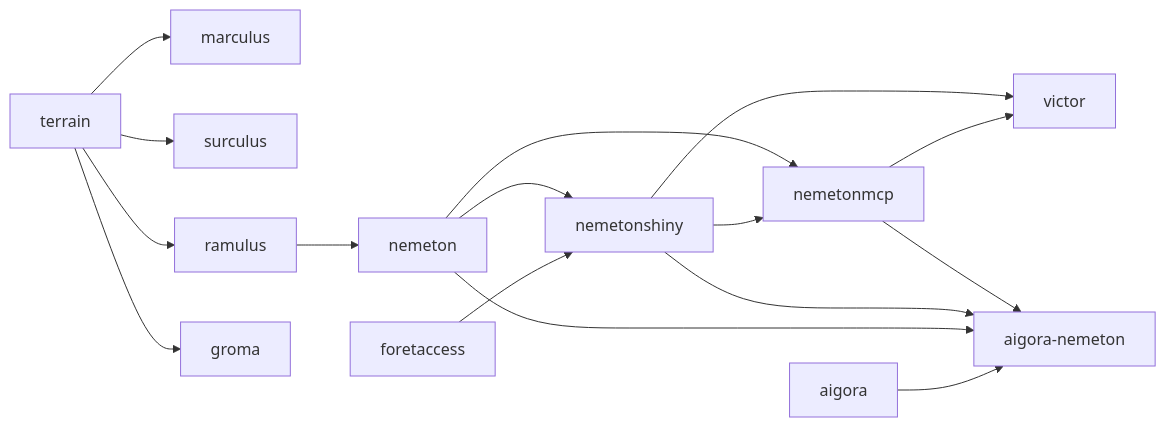
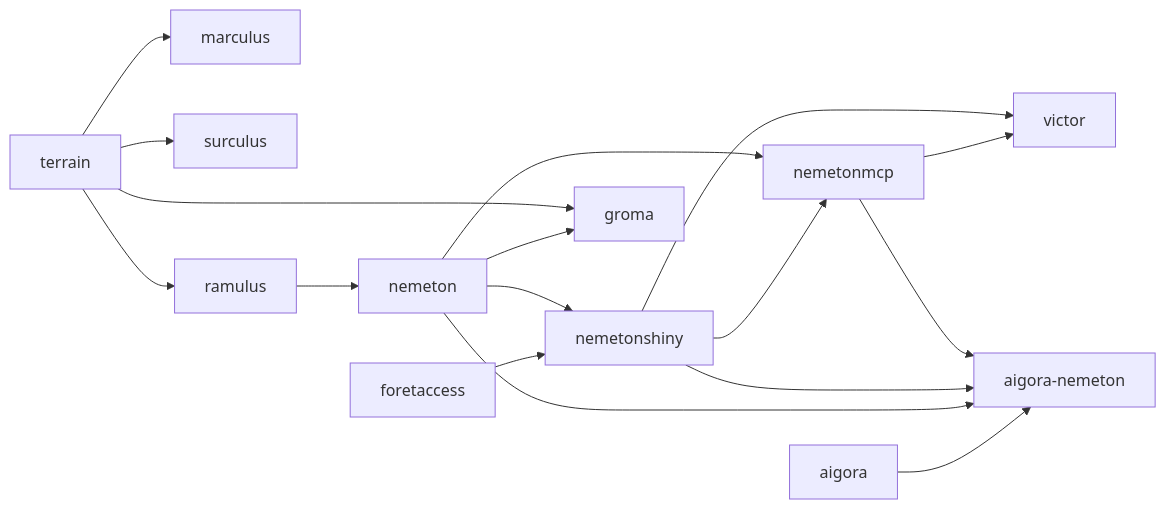
Before and after one commit to pobsteta/nemetonplateform: the diagram in docs/carte-dependances.md, drawn with Mermaid. The commit also changed other lines of this file and 2 other files, not shown here.

First line of the commit message:
lien groma ← nemeton : dépendance technique, confirmé (décision de Pascal)

````diff
--- a/docs/carte-dependances.md
+++ b/docs/carte-dependances.md
@@ -47,18 +47,19 @@
 ```mermaid
 flowchart LR
   nemeton --> nemetonshiny
   foretaccess --> nemetonshiny
   nemeton --> nemetonmcp
   nemetonshiny --> nemetonmcp
   nemetonshiny --> victor
   nemetonmcp --> victor
   nemetonmcp --> aigora_nemeton[aigora-nemeton]
   nemetonshiny --> aigora_nemeton
   nemeton --> aigora_nemeton
   aigora --> aigora_nemeton
   terrain --> marculus
   terrain --> surculus
   terrain --> ramulus
   terrain --> groma
   ramulus --> nemeton
+  nemeton --> groma
 ```
````
